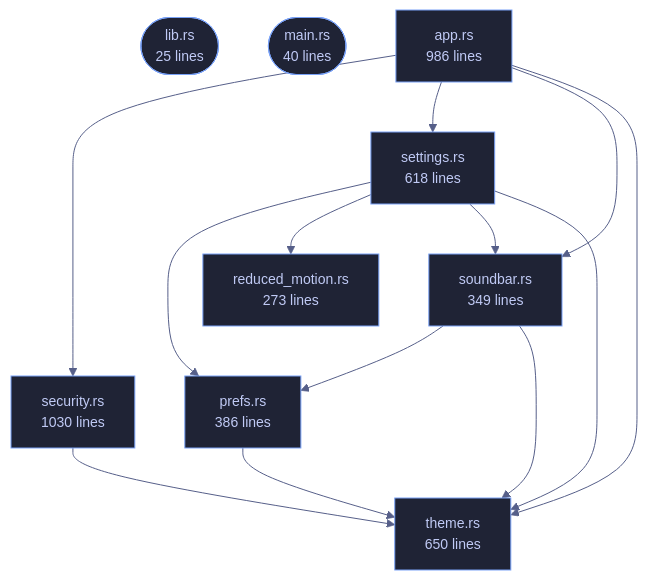
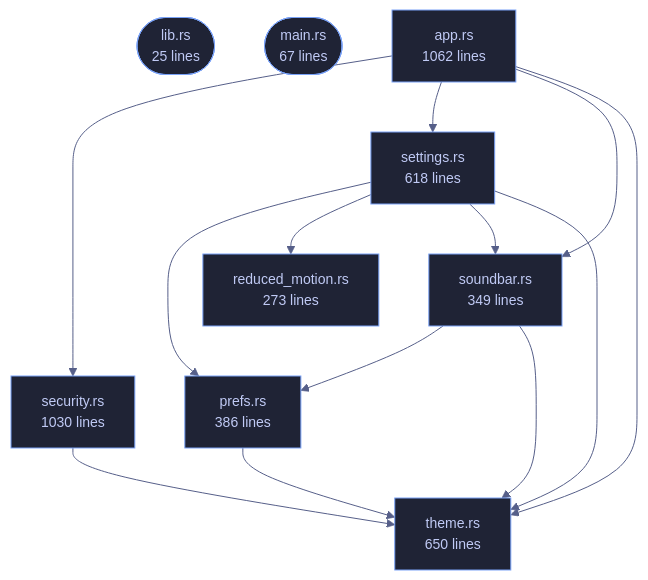
One commit to tilas01/veilvoice changed the diagram in wiki/Crate-veilvoice-gui.md. Above: the diagram before and after it, drawn with Mermaid. The commit also changed other lines of this file and 42 other files, not shown here.

````diff
--- a/wiki/Crate-veilvoice-gui.md
+++ b/wiki/Crate-veilvoice-gui.md
@@ -24,25 +24,25 @@
 ```mermaid
 %%{init: {"theme":"base","themeVariables":{"background":"#1a1b26","primaryColor":"#1f2335","primaryTextColor":"#c0caf5","primaryBorderColor":"#7aa2f7","secondaryColor":"#16161e","tertiaryColor":"#16161e","lineColor":"#565f89","textColor":"#c0caf5","mainBkg":"#1f2335","nodeBorder":"#7aa2f7","clusterBkg":"#16161e","clusterBorder":"#2f3549","fontFamily":"ui-monospace, SFMono-Regular, Consolas, monospace","fontSize":"14px"}}}%%
 flowchart TD
     n_lib(["lib.rs<br/>25 lines"])
-    n_main(["main.rs<br/>40 lines"])
-    n_app["app.rs<br/>986 lines"]
+    n_main(["main.rs<br/>67 lines"])
+    n_app["app.rs<br/>1062 lines"]
     n_prefs["prefs.rs<br/>386 lines"]
     n_reduced_motion["reduced_motion.rs<br/>273 lines"]
     n_security["security.rs<br/>1030 lines"]
     n_settings["settings.rs<br/>618 lines"]
     n_soundbar["soundbar.rs<br/>349 lines"]
     n_theme["theme.rs<br/>650 lines"]
     n_app --> n_security
     n_app --> n_settings
     n_app --> n_soundbar
     n_app --> n_theme
     n_prefs --> n_theme
     n_security --> n_theme
     n_settings --> n_prefs
     n_settings --> n_reduced_motion
     n_settings --> n_soundbar
     n_settings --> n_theme
     n_soundbar --> n_prefs
     n_soundbar --> n_theme
 ```
````
